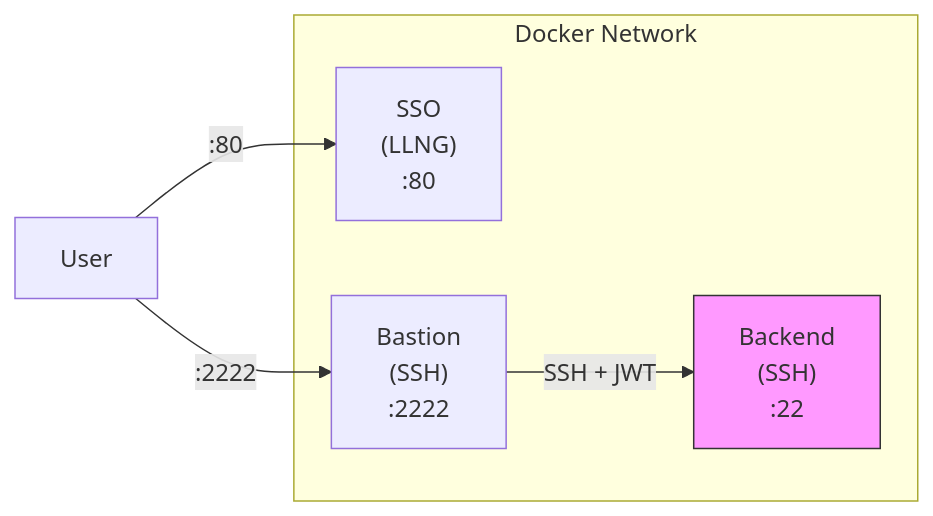
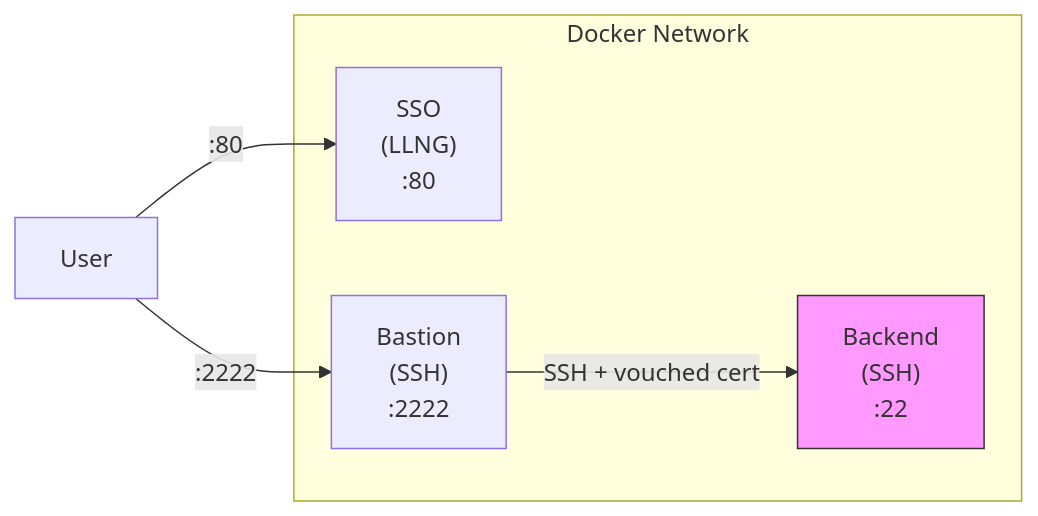
One commit to linagora/open-bastion changed the diagram in docker-demo-maxsec/README.md. Above: the diagram before and after it, drawn with Mermaid. The commit also changed other lines of this file and 26 other files, not shown here.

````diff
--- a/docker-demo-maxsec/README.md
+++ b/docker-demo-maxsec/README.md
@@ -12,14 +12,14 @@
 ```mermaid
 flowchart LR
     subgraph Docker["Docker Network"]
         SSO["SSO<br/>(LLNG)<br/>:80"]
         Bastion["Bastion<br/>(SSH)<br/>:2222"]
         Backend["Backend<br/>(SSH)<br/>:22"]
     end
 
     User["User"] -->|:80| SSO
     User -->|:2222| Bastion
-    Bastion -->|SSH + JWT| Backend
+    Bastion -->|SSH + vouched cert| Backend
 
     style Backend fill:#f9f,stroke:#333
 ```
````
